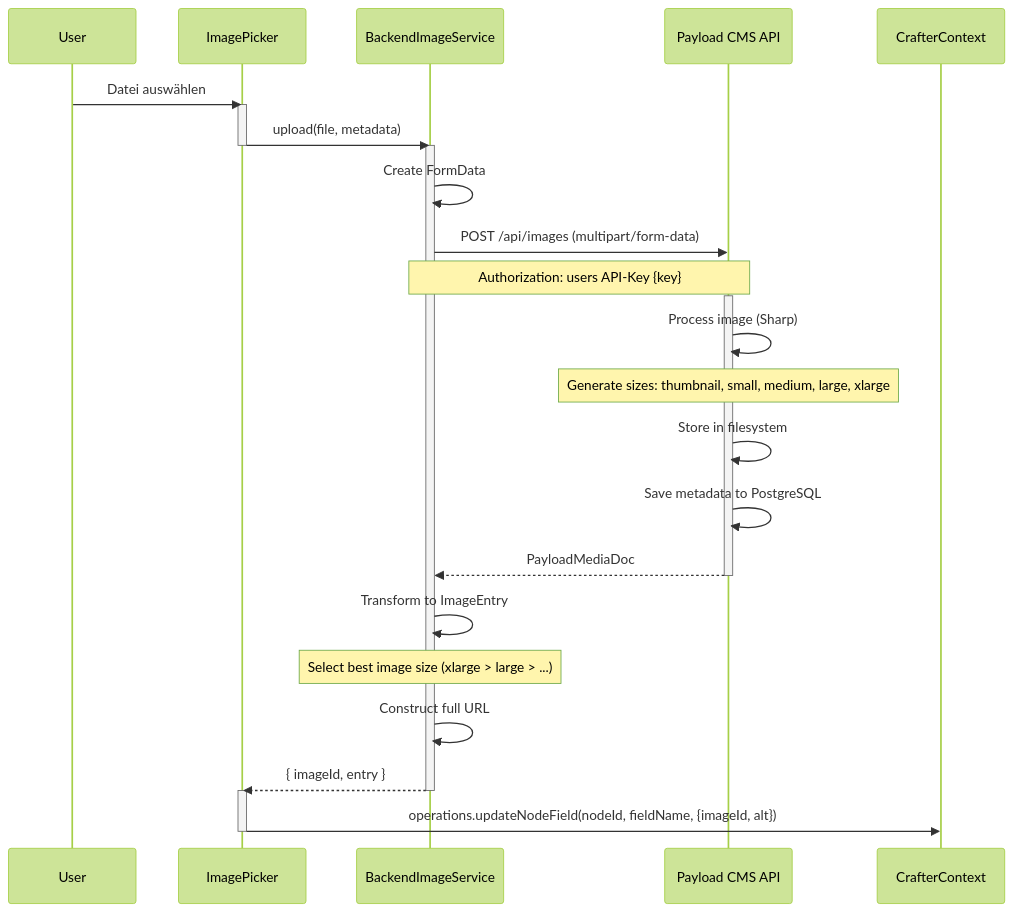
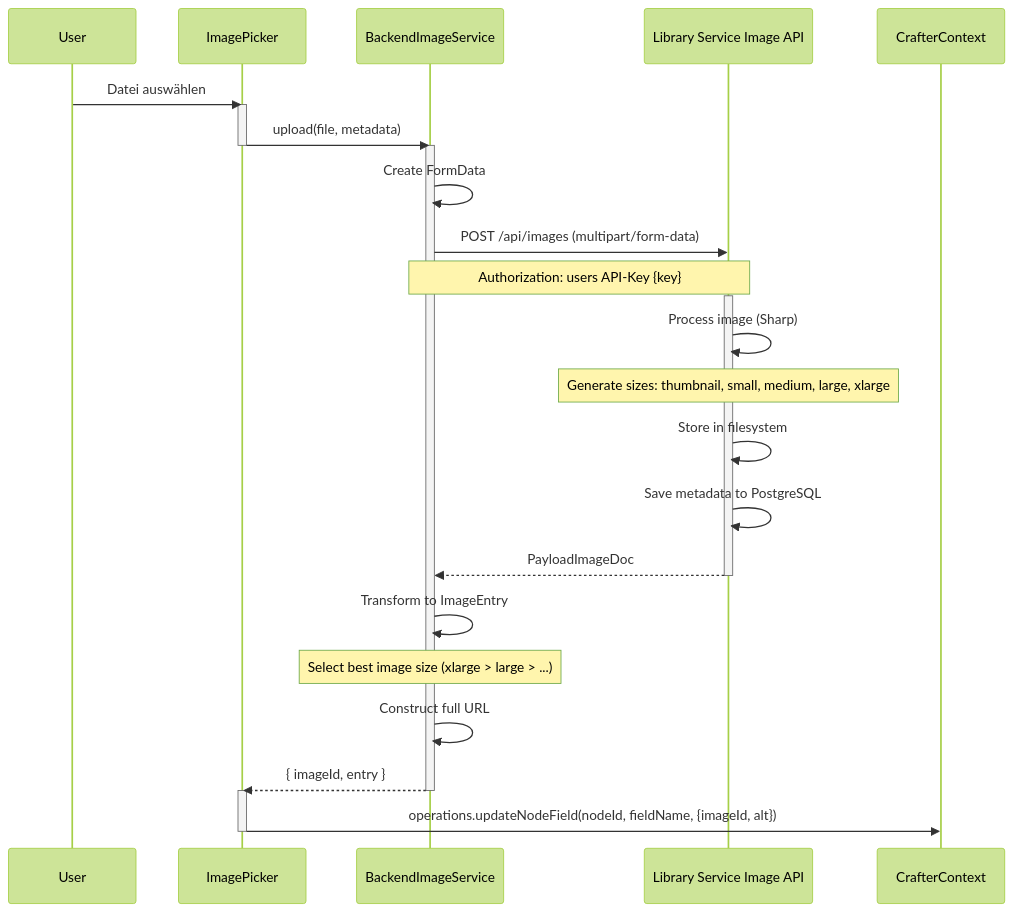
The eighth of 13 diagrams in apps/docs/src/arc42/06-runtime-view.md (mainzcript/ujl), drawn with Mermaid (forest theme) before and after one commit. The commit also changed other lines of this file and 21 other files, not shown here.

Commit message:
refactor: update documentation to rename media terminology to image, clarify storage modes, and enhance consistency across architecture sections, including examples and API references

````diff
--- a/apps/docs/src/arc42/06-runtime-view.md
+++ b/apps/docs/src/arc42/06-runtime-view.md
@@ -734,37 +739,37 @@
 ```mermaid
 sequenceDiagram
     participant User as User
     participant Picker as ImagePicker
     participant Service as BackendImageService
-    participant API as Payload CMS API
+    participant API as Library Service Image API
     participant Context as CrafterContext
 
     User->>Picker: Datei auswählen
     activate Picker
     Picker->>Service: upload(file, metadata)
     deactivate Picker
 
     activate Service
     Service->>Service: Create FormData
     Service->>API: POST /api/images (multipart/form-data)
     Note over Service,API: Authorization: users API-Key {key}
 
     activate API
     API->>API: Process image (Sharp)
     Note over API: Generate sizes: thumbnail, small, medium, large, xlarge
     API->>API: Store in filesystem
     API->>API: Save metadata to PostgreSQL
-    API-->>Service: PayloadMediaDoc
+    API-->>Service: PayloadImageDoc
     deactivate API
 
     Service->>Service: Transform to ImageEntry
     Note over Service: Select best image size (xlarge > large > ...)
     Service->>Service: Construct full URL
 
     Service-->>Picker: { imageId, entry }
     deactivate Service
 
     activate Picker
     Picker->>Context: operations.updateNodeField(nodeId, fieldName, {imageId, alt})
     deactivate Picker
 ```
````
